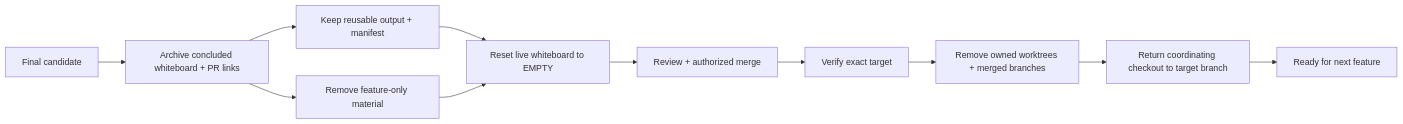
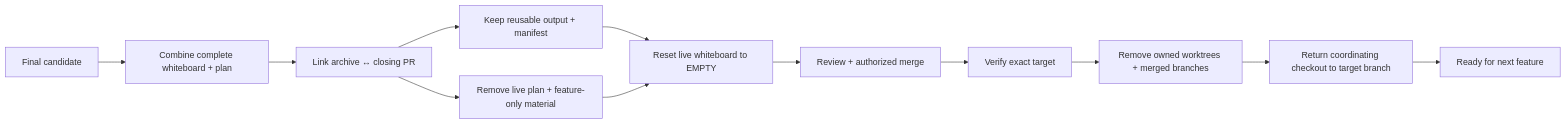
One commit to hhhhhusky777/spec-driven-delivery-playbook changed diagram 11 of 12 in README.md. Above: the diagram before and after it, drawn with Mermaid. The commit also changed other lines of this file and 12 other files, not shown here.

````diff
--- a/README.md
+++ b/README.md
@@ -502,13 +506,14 @@
 ```mermaid
 flowchart LR
-    C["Final candidate"] --> A["Archive concluded whiteboard + PR links"]
-    A --> K["Keep reusable output + manifest"]
-    A --> X["Remove feature-only material"]
+    C["Final candidate"] --> A["Combine complete whiteboard + plan"]
+    A --> L["Link archive ↔ closing PR"]
+    L --> K["Keep reusable output + manifest"]
+    L --> X["Remove live plan + feature-only material"]
     K --> R["Reset live whiteboard to EMPTY"]
     X --> R
     R --> H["Review + authorized merge"]
     H --> V["Verify exact target"]
     V --> W["Remove owned worktrees + merged branches"]
     W --> M["Return coordinating checkout to target branch"]
     M --> N["Ready for next feature"]
 ```
````
